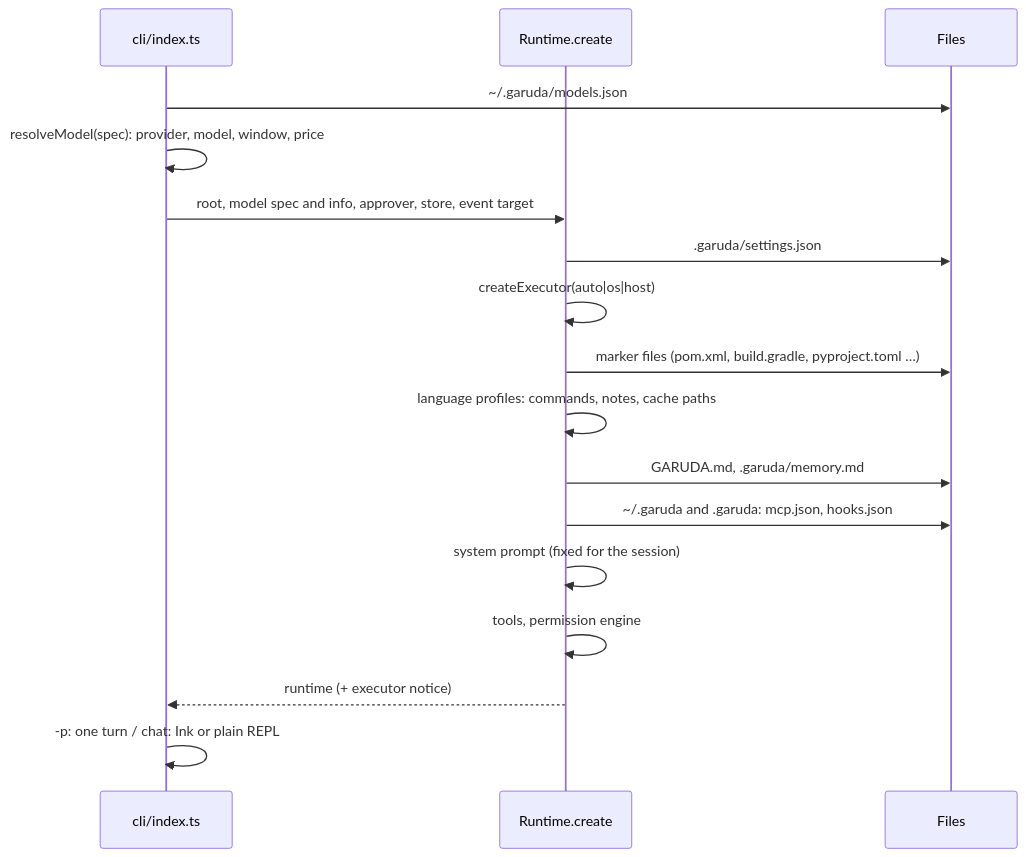
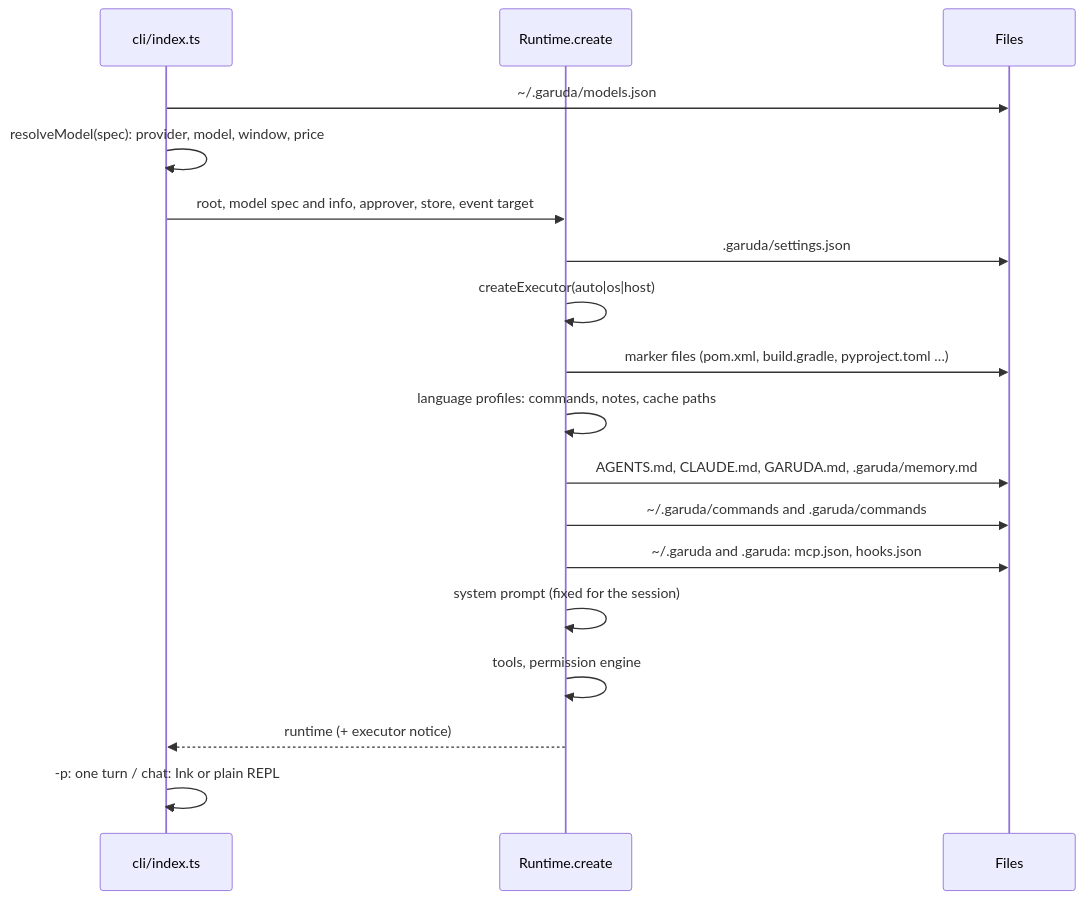
Before and after one commit to madhu-sv/garuda: the first of 6 diagrams in docs/hld.md, drawn with Mermaid. The commit also changed other lines of this file and 31 other files, not shown here.

First line of the commit message:
0.4: AGENTS.md and CLAUDE.md, custom slash commands, todo tool

````diff
--- a/docs/hld.md
+++ b/docs/hld.md
@@ -20,19 +20,20 @@
 ```mermaid
 sequenceDiagram
   participant CLI as cli/index.ts
   participant RT as Runtime.create
   participant FS as Files
   CLI->>FS: ~/.garuda/models.json
   CLI->>CLI: resolveModel(spec): provider, model, window, price
   CLI->>RT: root, model spec and info, approver, store, event target
   RT->>FS: .garuda/settings.json
   RT->>RT: createExecutor(auto|os|host)
   RT->>FS: marker files (pom.xml, build.gradle, pyproject.toml …)
   RT->>RT: language profiles: commands, notes, cache paths
-  RT->>FS: GARUDA.md, .garuda/memory.md
+  RT->>FS: AGENTS.md, CLAUDE.md, GARUDA.md, .garuda/memory.md
+  RT->>FS: ~/.garuda/commands and .garuda/commands
   RT->>FS: ~/.garuda and .garuda: mcp.json, hooks.json
   RT->>RT: system prompt (fixed for the session)
   RT->>RT: tools, permission engine
   RT-->>CLI: runtime (+ executor notice)
   CLI->>CLI: -p: one turn / chat: Ink or plain REPL
 ```
````
